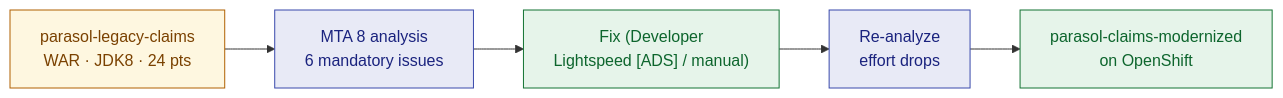
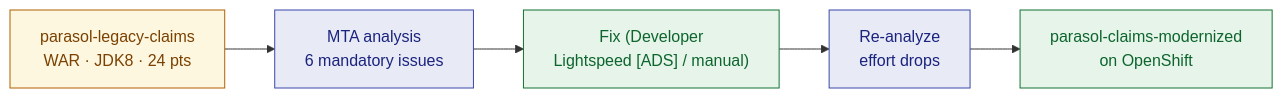
One commit to serhat-dirik/OCP-Getting-Started-Revamped changed the diagram in content/modules/ROOT/examples/diagrams/app-modernization/02-modernize-loop.mmd. Above: the diagram before and after it, drawn with Mermaid. The commit also changed 11 other files, not shown here.

First line of the commit message:
fix(content): convert the last diagrams to the house line-break and placeholder style

```diff
--- a/content/modules/ROOT/examples/diagrams/app-modernization/02-modernize-loop.mmd
+++ b/content/modules/ROOT/examples/diagrams/app-modernization/02-modernize-loop.mmd
@@ -1,11 +1,11 @@
 graph LR
   legacy["parasol-legacy-claims<br/>WAR · JDK8 · 24 pts"]
-  mta["MTA 8 analysis<br/>6 mandatory issues"]
+  mta["MTA analysis<br/>6 mandatory issues"]
   fix["Fix (Developer<br/>Lightspeed [ADS] / manual)"]
   re["Re-analyze<br/>effort drops"]
   dep["parasol-claims-modernized<br/>on OpenShift"]
   legacy --> mta --> fix --> re --> dep
   classDef a fill:#fef7e0,stroke:#b06000,color:#7a4100;
   classDef b fill:#e8eaf6,stroke:#3949ab,color:#1a237e;
   classDef c fill:#e6f4ea,stroke:#137333,color:#0d652d;
   class legacy a; class mta,re b; class fix,dep c;
```
